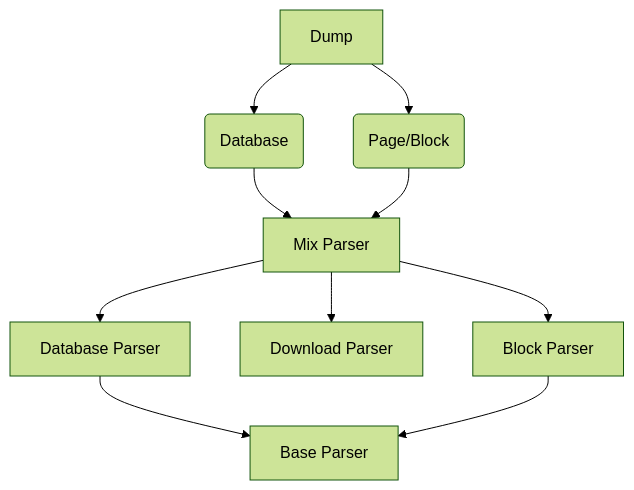
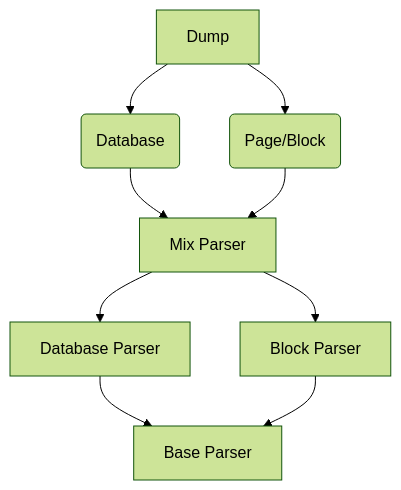
Before and after one commit to delta1037/notion-export-kernel: the diagram in README_zh.md, drawn with Mermaid (forest theme). The commit also changed other lines of this file and 2 other files, not shown here.

````diff
--- a/README_zh.md
+++ b/README_zh.md
@@ -33,14 +29,13 @@
 ```mermaid
 graph TD
     A[Dump] -->B(Database)
     A[Dump] -->C(Page/Block)
     B --> D[Mix Parser]
     C --> D[Mix Parser]
 
     D --> E[Database Parser]
-    D --> I[Download Parser]
     D --> F[Block Parser]
     
     E --> G[Base Parser]
     F --> G[Base Parser]
 ```
````
